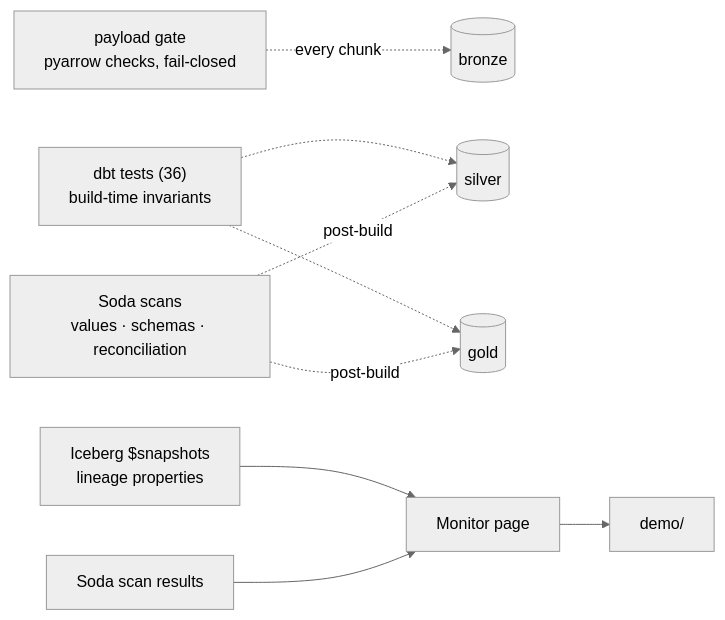
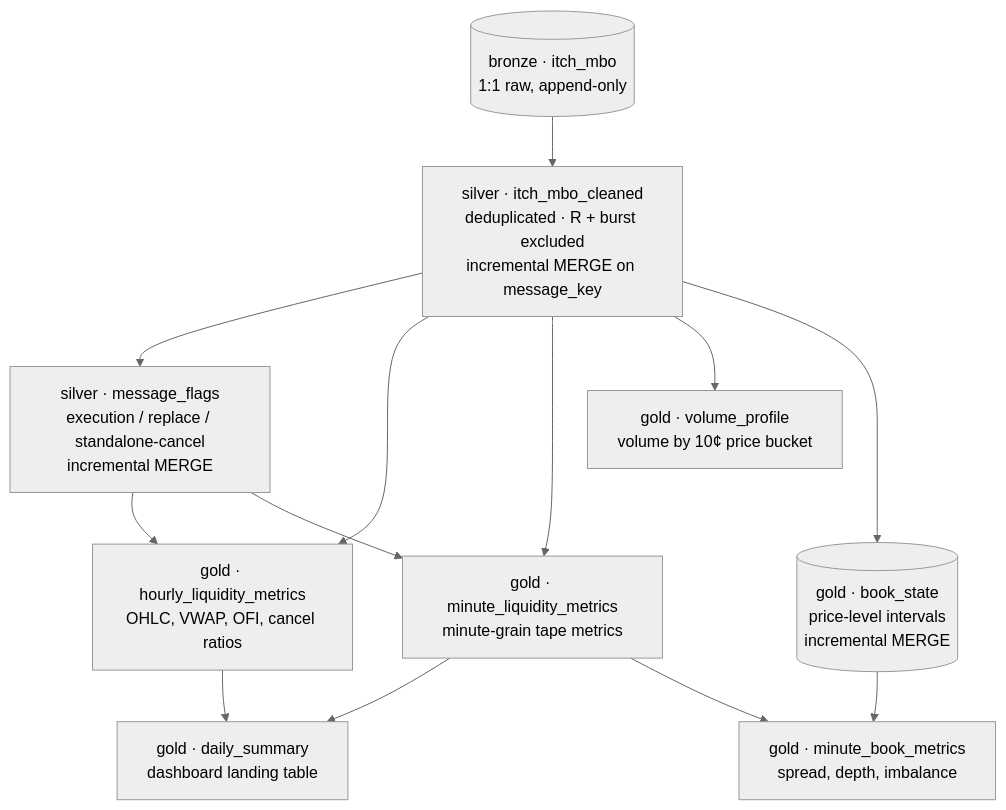
Before and after one commit to nbaubek/market-surveillance-analysis: the second of 2 diagrams in README.md, drawn with Mermaid (neutral theme). The commit also changed other lines of this file and 1 other file, not shown here.

````diff
--- a/README.md
+++ b/README.md
@@ -192,9 +121,18 @@
 ```mermaid
-flowchart LR
-    gate["payload gate<br/>pyarrow checks, fail-closed"] -.->|"every chunk"| bronze[("bronze")]
-    dbt["dbt tests (36)<br/>build-time invariants"] -.-> silver[("silver")] & gold[("gold")]
-    soda["Soda scans<br/>values · schemas · reconciliation"] -.->|"post-build"| silver & gold
-    snaps["Iceberg $snapshots<br/>lineage properties"] --> monitor["Monitor page"]
-    sodaresults["Soda scan results"] --> monitor
-    monitor --> demo["demo/"]
+flowchart TD
+    BR[("bronze · itch_mbo<br/>1:1 raw, append-only")]
+
+    BR --> SI["silver · itch_mbo_cleaned<br/>deduplicated · R + burst excluded<br/>incremental MERGE on message_key"]
+    SI --> FL["silver · message_flags<br/>execution / replace / standalone-cancel<br/>incremental MERGE"]
+
+    SI --> H["gold · hourly_liquidity_metrics<br/>OHLC, VWAP, OFI, cancel ratios"]
+    FL --> H
+    SI --> M["gold · minute_liquidity_metrics<br/>minute-grain tape metrics"]
+    FL --> M
+    H --> D["gold · daily_summary<br/>dashboard landing table"]
+    M --> D
+    SI --> VP["gold · volume_profile<br/>volume by 10¢ price bucket"]
+    SI --> BS[("gold · book_state<br/>price-level intervals<br/>incremental MERGE")]
+    BS --> MBM["gold · minute_book_metrics<br/>spread, depth, imbalance"]
+    M --> MBM
 ```
````
